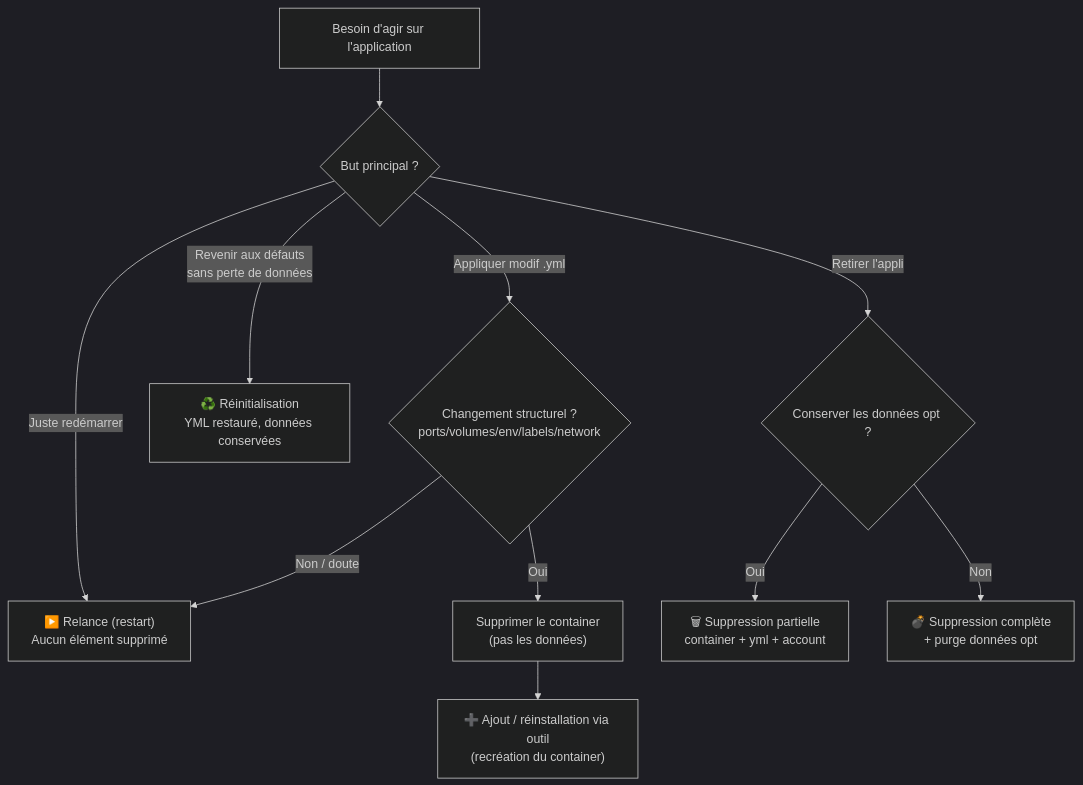
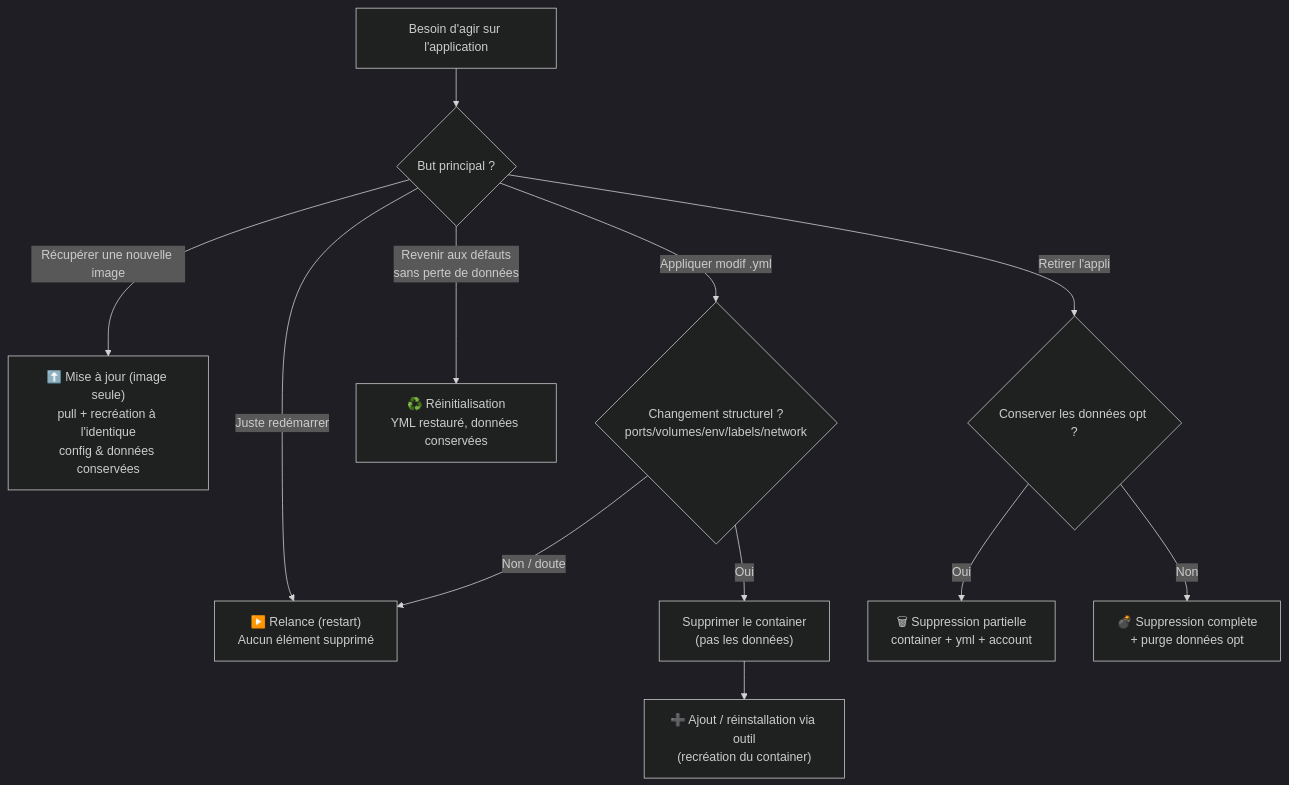
One commit to projetssd/ssdv2_docs changed the second of 3 diagrams in docs/fr/Installation/ajouter-supprimer-reinitialiser.md. Above: the diagram before and after it, drawn with Mermaid (dark theme). The commit also changed other lines of this file and 5 other files, not shown here.

````diff
--- a/docs/fr/Installation/ajouter-supprimer-reinitialiser.md
+++ b/docs/fr/Installation/ajouter-supprimer-reinitialiser.md
@@ -342,13 +406,14 @@
 ```mermaid
 flowchart TD
   A["Besoin d'agir sur l'application"] --> B{"But principal ?"}
   B -->|Juste redémarrer| R["▶️ Relance (restart)\nAucun élément supprimé"]
+  B -->|Récupérer une nouvelle image| U["⬆️ Mise à jour (image seule)\npull + recréation à l'identique\nconfig & données conservées"]
   B -->|Appliquer modif .yml| Y{"Changement structurel ?\nports/volumes/env/labels/network"}
   Y -->|Oui| C["Supprimer le container\n(pas les données)"]
   C --> I["➕ Ajout / réinstallation via outil\n(recréation du container)"]
   Y -->|Non / doute| R
   B -->|Revenir aux défauts\nsans perte de données| S["♻️ Réinitialisation\nYML restauré, données conservées"]
   B -->|Retirer l'appli| D{"Conserver les données opt ?"}
   D -->|Oui| DP["🗑 Suppression partielle\ncontainer + yml + account"]
   D -->|Non| DC["💣 Suppression complète\n+ purge données opt"]
 ```
````
